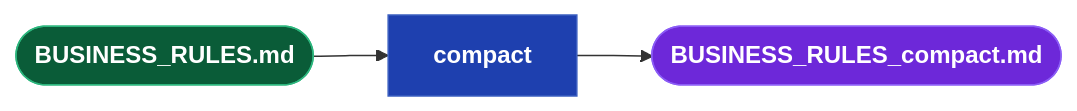
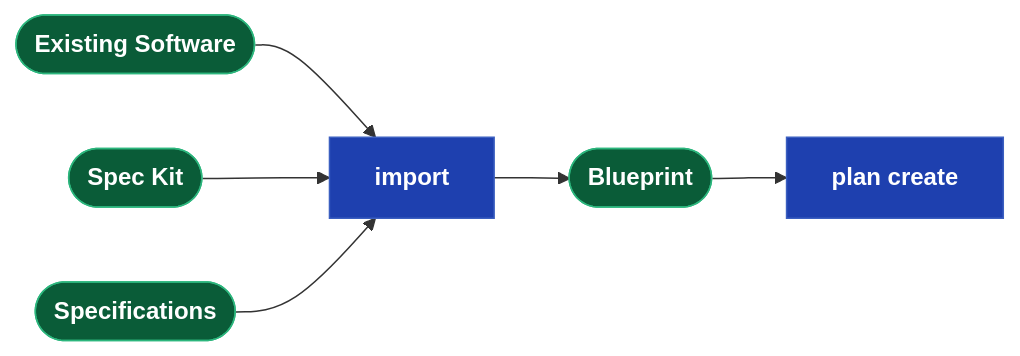
The third of 10 diagrams in docs/Drydock_Specification.md (webcloudstudio/Drydock), drawn with Mermaid before and after one commit. The commit also changed other lines of this file and 2 other files, not shown here.

First line of the commit message:
Restructure specification around the Setup-Plan-Build-Iterate lifecycle

````diff
--- a/docs/Drydock_Specification.md
+++ b/docs/Drydock_Specification.md
@@ -329,9 +320,15 @@
 ```mermaid
 flowchart LR
   classDef dir    fill:#0a5c38,stroke:#2cb67d,color:#fff,font-weight:bold
+  classDef md     fill:#d4a017,stroke:#a07810,color:#111,font-weight:bold
   classDef script fill:#1e40af,stroke:#3b5fc0,color:#fff,font-weight:bold
+  classDef prompt fill:#c2410c,stroke:#ea580c,color:#fff,font-weight:bold
   classDef output fill:#6d28d9,stroke:#8b5cf6,color:#fff,font-weight:bold
+  classDef web    fill:#be123c,stroke:#fb7185,color:#fff,font-weight:bold
 
-  BR(["BUSINESS_RULES.md"]):::dir --> COMPACT["compact"]:::script
-  COMPACT --> BRC(["BUSINESS_RULES_compact.md"]):::output
+  SRC1(["Existing Software"]):::dir --> IMPORT["import"]:::script
+  SRC2(["Spec Kit"]):::dir --> IMPORT
+  SRC3(["Specifications"]):::dir --> IMPORT
+  IMPORT --> SPEC(["Blueprint"]):::dir
+  SPEC --> PLAN["plan create"]:::script
 ```
````
